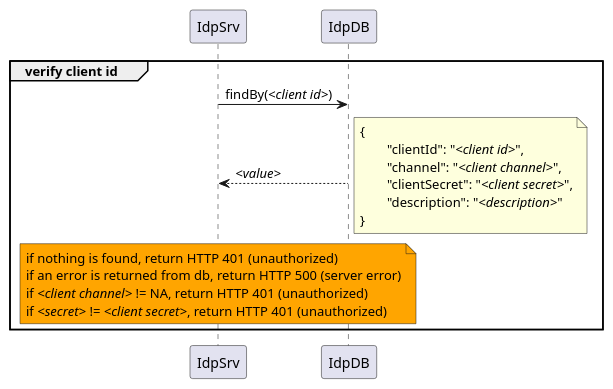
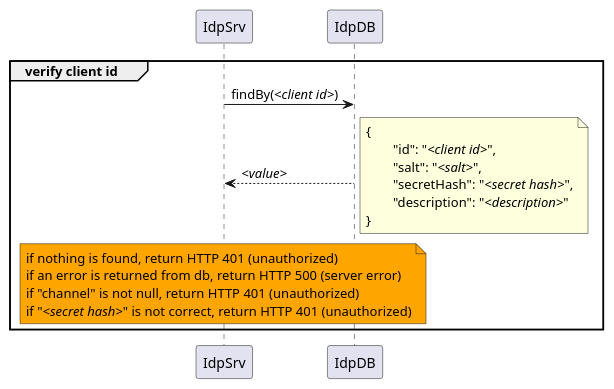
Before and after one commit to pagopa/mil-diags: the diagram in sequence_diags/auth/other_server_app/verify_client_id.puml, drawn with PlantUML. The commit also changed 16 other files, not shown here.

```diff
--- a/sequence_diags/auth/other_server_app/verify_client_id.puml
+++ b/sequence_diags/auth/other_server_app/verify_client_id.puml
@@ -1,22 +1,22 @@
 @startuml
 group verify client id
 	IdpSrv -> IdpDB : findBy(//<client id>//)
 
 		IdpDB --> IdpSrv : //<value>//
 		note right
 			{
-				"clientId": "//<client id>//",
-				"channel": "//<client channel>//",
-				"clientSecret": "//<client secret>//",
+				"id": "//<client id>//",
+				"salt": "//<salt>//",
+				"secretHash": "//<secret hash>//",
 				"description": "//<description>//"
 			}
 		end note
 
 	note over IdpSrv #Orange
 		if nothing is found, return HTTP 401 (unauthorized)
 		if an error is returned from db, return HTTP 500 (server error)
-		if //<client channel>// != NA, return HTTP 401 (unauthorized)
-		if //<secret>// != //<client secret>//, return HTTP 401 (unauthorized)
+		if "channel" is not null, return HTTP 401 (unauthorized)
+		if "//<secret hash>//" is not correct, return HTTP 401 (unauthorized)
 	end note
 end
 @enduml
```
